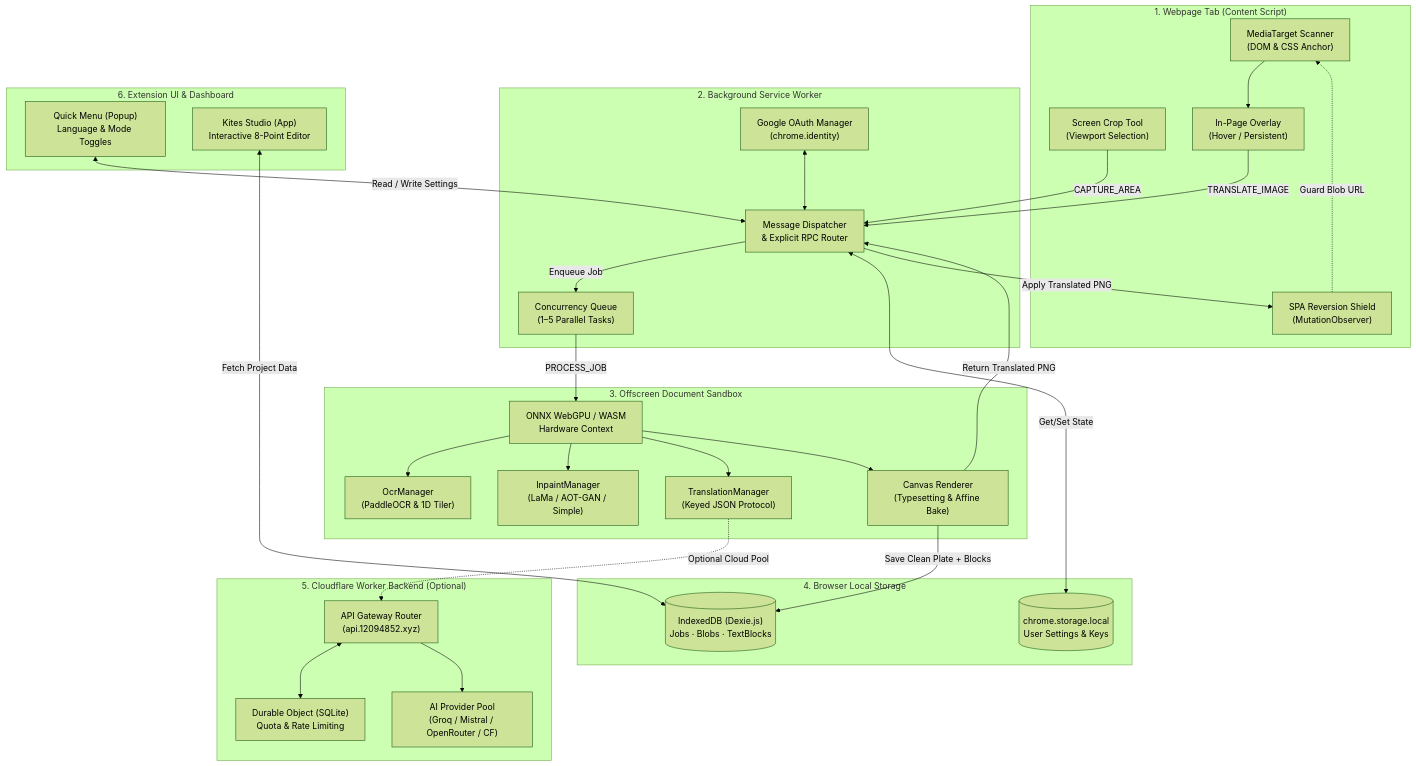
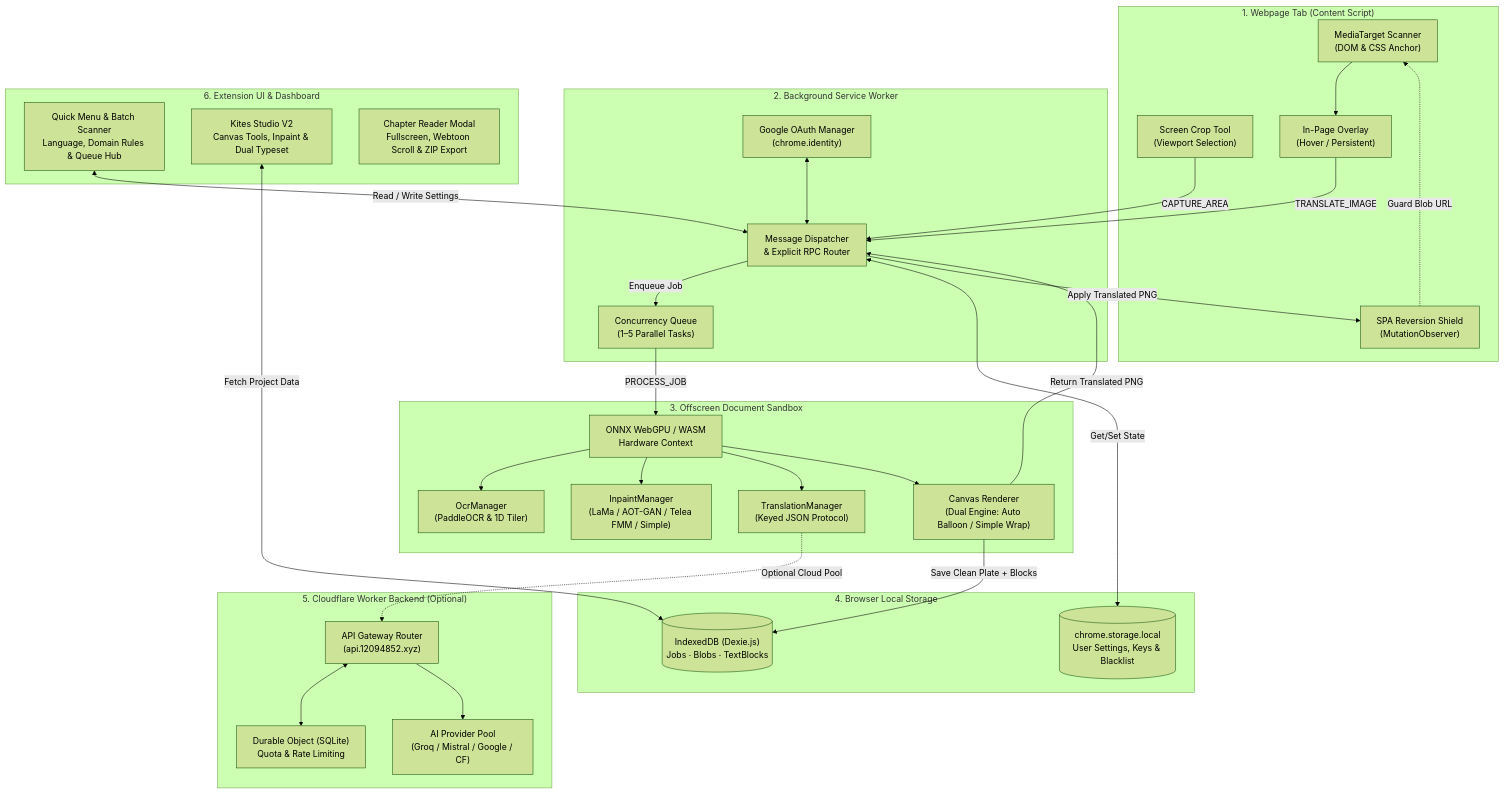
The diagram in docs/architecture/overview.md (Unheat/Kites), drawn with Mermaid (forest theme) before and after one commit. The commit also changed other lines of this file and 15 other files, not shown here.

Commit message:
docs: add Devlog 049, ADR-007, ADR-008, update architecture and workarounds for v1.2.1

````diff
--- a/docs/architecture/overview.md
+++ b/docs/architecture/overview.md
@@ -15,65 +15,66 @@
 ```mermaid
 graph TB
     subgraph BrowserTab["1. Webpage Tab (Content Script)"]
         Scanner["MediaTarget Scanner<br/>(DOM & CSS Anchor)"]
         Shield["SPA Reversion Shield<br/>(MutationObserver)"]
         ScreenCrop["Screen Crop Tool<br/>(Viewport Selection)"]
         UIButtons["In-Page Overlay<br/>(Hover / Persistent)"]
     end
 
     subgraph ExtensionServiceWorker["2. Background Service Worker"]
         Hub["Message Dispatcher<br/>& Explicit RPC Router"]
         Queue["Concurrency Queue<br/>(1–5 Parallel Tasks)"]
         OAuth["Google OAuth Manager<br/>(chrome.identity)"]
     end
 
     subgraph OffscreenDoc["3. Offscreen Document Sandbox"]
         WebGPU["ONNX WebGPU / WASM<br/>Hardware Context"]
         OcrSvc["OcrManager<br/>(PaddleOCR & 1D Tiler)"]
-        InpaintSvc["InpaintManager<br/>(LaMa / AOT-GAN / Simple)"]
+        InpaintSvc["InpaintManager<br/>(LaMa / AOT-GAN / Telea FMM / Simple)"]
         TransSvc["TranslationManager<br/>(Keyed JSON Protocol)"]
-        RenderSvc["Canvas Renderer<br/>(Typesetting & Affine Bake)"]
+        RenderSvc["Canvas Renderer<br/>(Dual Engine: Auto Balloon / Simple Wrap)"]
     end
 
     subgraph LocalStorage["4. Browser Local Storage"]
         DexieDB[("IndexedDB (Dexie.js)<br/>Jobs · Blobs · TextBlocks")]
-        LocalStore[("chrome.storage.local<br/>User Settings & Keys")]
+        LocalStore[("chrome.storage.local<br/>User Settings, Keys & Blacklist")]
     end
 
     subgraph CloudflareBackend["5. Cloudflare Worker Backend (Optional)"]
         WorkerRouter["API Gateway Router<br/>(api.12094852.xyz)"]
         WorkerDO["Durable Object (SQLite)<br/>Quota & Rate Limiting"]
-        ProviderPool["AI Provider Pool<br/>(Groq / Mistral / OpenRouter / CF)"]
+        ProviderPool["AI Provider Pool<br/>(Groq / Mistral / Google / CF)"]
     end
 
     subgraph DesktopUI["6. Extension UI & Dashboard"]
-        PopupView["Quick Menu (Popup)<br/>Language & Mode Toggles"]
-        StudioApp["Kites Studio (App)<br/>Interactive 8-Point Editor"]
+        PopupView["Quick Menu & Batch Scanner<br/>Language, Domain Rules & Queue Hub"]
+        StudioApp["Kites Studio V2<br/>Canvas Tools, Inpaint & Dual Typeset"]
+        ReaderModal["Chapter Reader Modal<br/>Fullscreen, Webtoon Scroll & ZIP Export"]
     end
 
     UIButtons -->|TRANSLATE_IMAGE| Hub
     Scanner --> UIButtons
     Shield -.->|Guard Blob URL| Scanner
     ScreenCrop -->|CAPTURE_AREA| Hub
 
     Hub -->|Enqueue Job| Queue
     Queue -->|PROCESS_JOB| WebGPU
     Hub <-->|Get/Set State| LocalStore
     OAuth <--> Hub
 
     WebGPU --> OcrSvc
     WebGPU --> InpaintSvc
     WebGPU --> TransSvc
     WebGPU --> RenderSvc
 
     TransSvc -.->|Optional Cloud Pool| WorkerRouter
     WorkerRouter <--> WorkerDO
     WorkerRouter --> ProviderPool
 
     RenderSvc -->|Save Clean Plate + Blocks| DexieDB
     RenderSvc -->|Return Translated PNG| Hub
     Hub -->|Apply Translated PNG| Shield
 
     PopupView <-->|Read / Write Settings| Hub
     StudioApp <-->|Fetch Project Data| DexieDB
 ```
````
